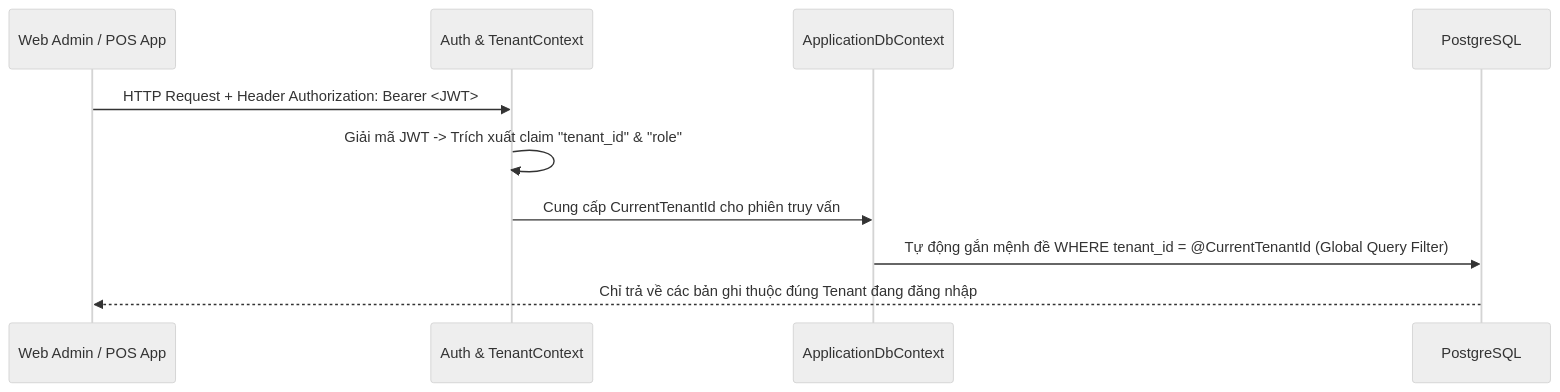
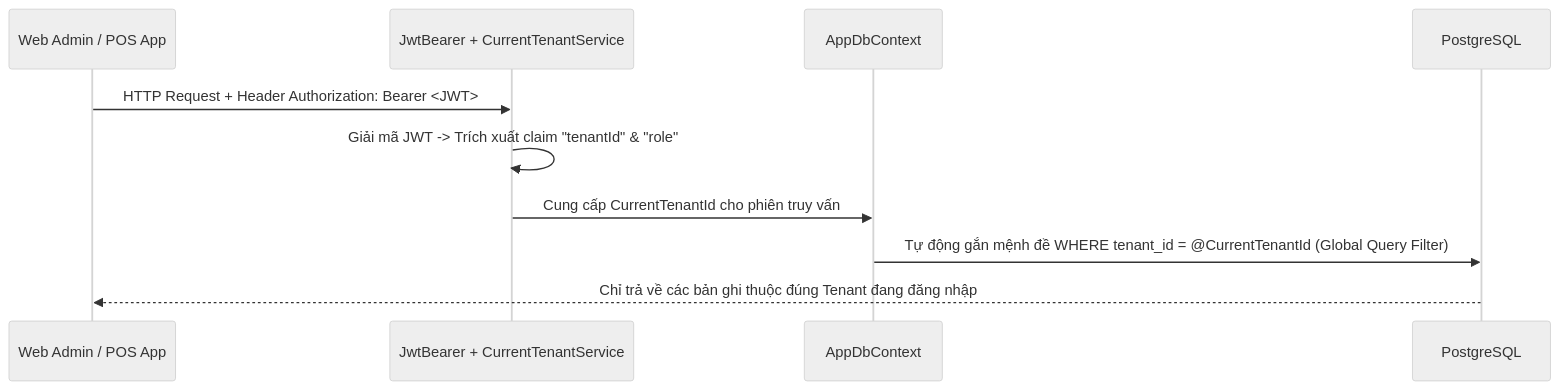
One commit to khoalvd839764-netizen/OISMS changed the diagram in docs/04-architecture-and-design/02-multi-tenant-design.md. Above: the diagram before and after it, drawn with Mermaid (neutral theme). The commit also changed other lines of this file and 103 other files, not shown here.

````diff
--- a/docs/04-architecture-and-design/02-multi-tenant-design.md
+++ b/docs/04-architecture-and-design/02-multi-tenant-design.md
@@ -23,13 +24,13 @@
 ```mermaid
 sequenceDiagram
     participant Client as Web Admin / POS App
-    participant MW as Auth & TenantContext
-    participant DbCtx as ApplicationDbContext
+    participant MW as JwtBearer + CurrentTenantService
+    participant DbCtx as AppDbContext
     participant PG as PostgreSQL
 
     Client->>MW: HTTP Request + Header Authorization: Bearer <JWT>
-    MW->>MW: Giải mã JWT -> Trích xuất claim "tenant_id" & "role"
+    MW->>MW: Giải mã JWT -> Trích xuất claim "tenantId" & "role"
     MW->>DbCtx: Cung cấp CurrentTenantId cho phiên truy vấn
     DbCtx->>PG: Tự động gắn mệnh đề WHERE tenant_id = @CurrentTenantId (Global Query Filter)
     PG-->>Client: Chỉ trả về các bản ghi thuộc đúng Tenant đang đăng nhập
 ```
````
